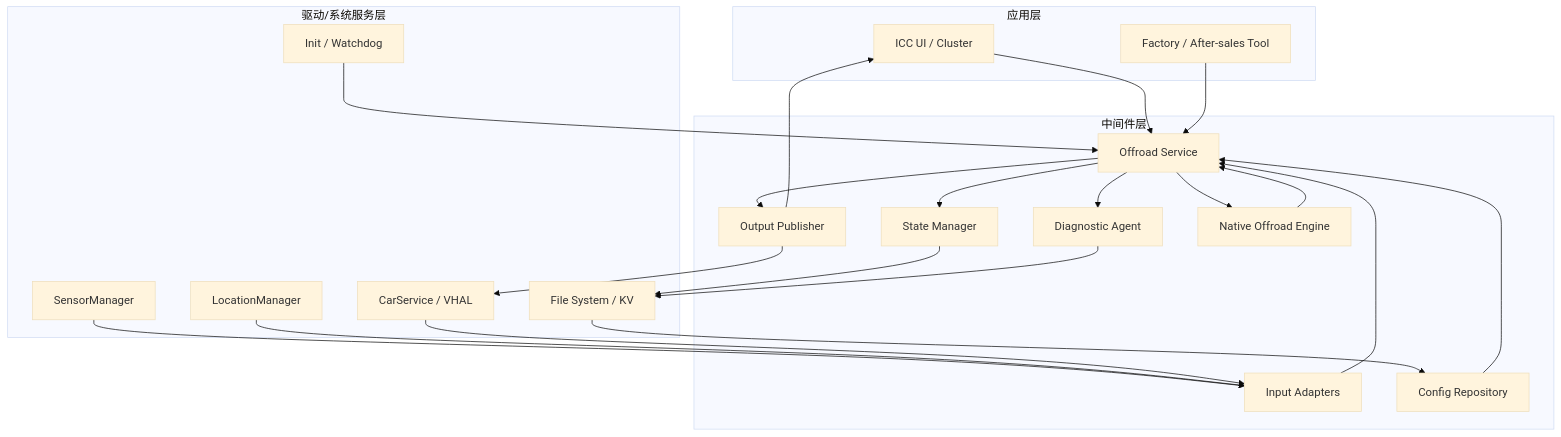
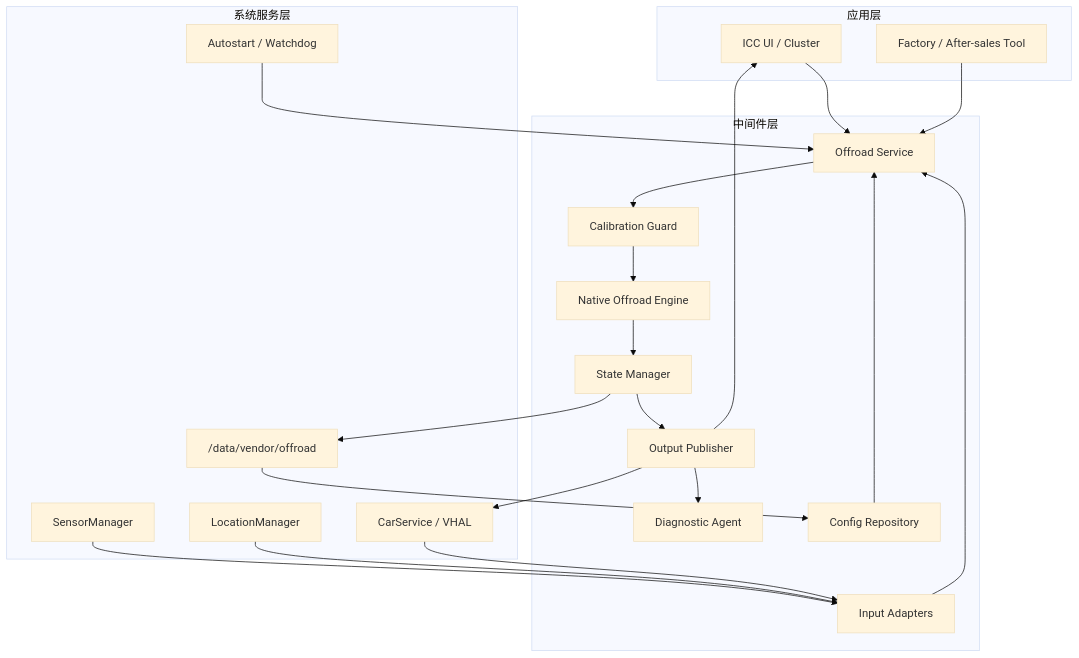
One commit to ailearneryang/harnesse2e changed the second of 7 diagrams in design/architecture.md. Above: the diagram before and after it, drawn with Mermaid (base theme). The commit also changed other lines of this file and 19 other files, not shown here.

````diff
--- a/design/architecture.md
+++ b/design/architecture.md
@@ -156,41 +147,41 @@
 ```mermaid
 graph TD
     subgraph App["应用层"]
         UI["ICC UI / Cluster"]
         Tool["Factory / After-sales Tool"]
     end
     subgraph Middleware["中间件层"]
         Svc["Offroad Service"]
         Input["Input Adapters"]
+        Guard["Calibration Guard"]
+        Engine["Native Offroad Engine"]
         State["State Manager"]
         Pub["Output Publisher"]
         Diag["Diagnostic Agent"]
         Cfg["Config Repository"]
-        Engine["Native Offroad Engine"]
     end
-    subgraph Sys["驱动/系统服务层"]
+    subgraph Sys["系统服务层"]
         Sensor["SensorManager"]
         Location["LocationManager"]
         Car["CarService / VHAL"]
-        FS["File System / KV"]
-        Watchdog["Init / Watchdog"]
+        FS["/data/vendor/offroad"]
+        Watchdog["Autostart / Watchdog"]
     end
     UI --> Svc
     Tool --> Svc
     Sensor --> Input
     Location --> Input
     Car --> Input
     Input --> Svc
-    Svc --> Engine
-    Engine --> Svc
-    Svc --> State
-    State --> FS
-    Svc --> Pub
+    Svc --> Guard
+    Guard --> Engine
+    Engine --> State
+    State --> Pub
     Pub --> UI
     Pub --> Car
-    Svc --> Diag
-    Diag --> FS
+    Pub --> Diag
+    State --> FS
     Cfg --> Svc
     FS --> Cfg
     Watchdog --> Svc
 ```
````
